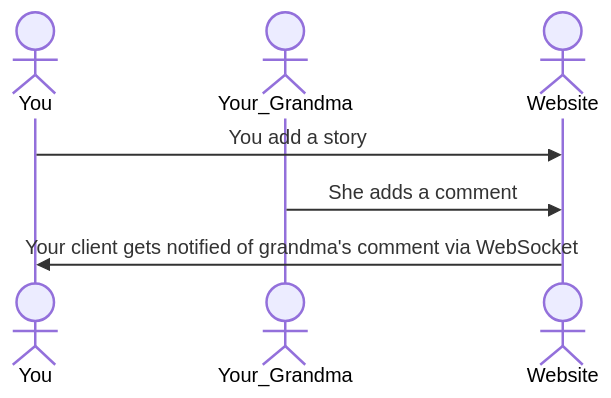
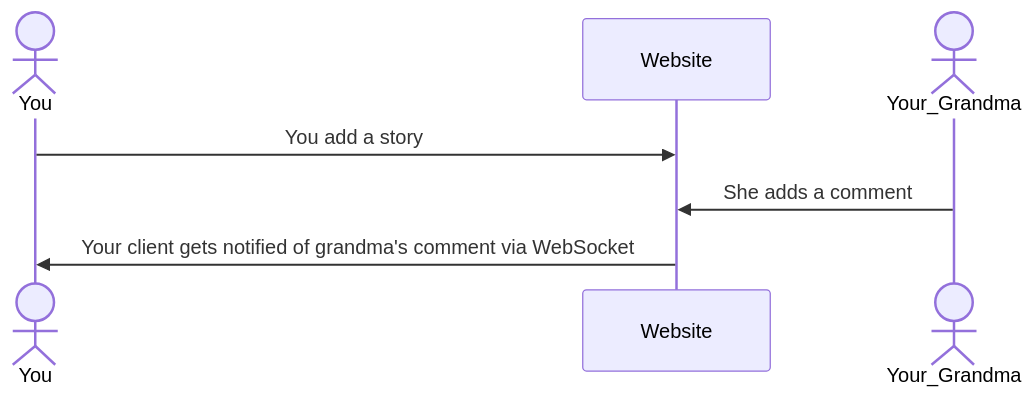
The diagram in README.md (BenjaminKellerDev/cs260-FamilyMemoriesApp), drawn with Mermaid before and after one commit.

Commit message:
update sequence diagram

````diff
--- a/README.md
+++ b/README.md
@@ -30,9 +30,9 @@
 ```mermaid
 sequenceDiagram
     actor You
+    participant Website
     actor Your_Grandma
-    actor Website
     You->>Website: You add a story
     Your_Grandma->>Website: She adds a comment
     Website->>You: Your client gets notified of grandma's comment via WebSocket
 ```
````
